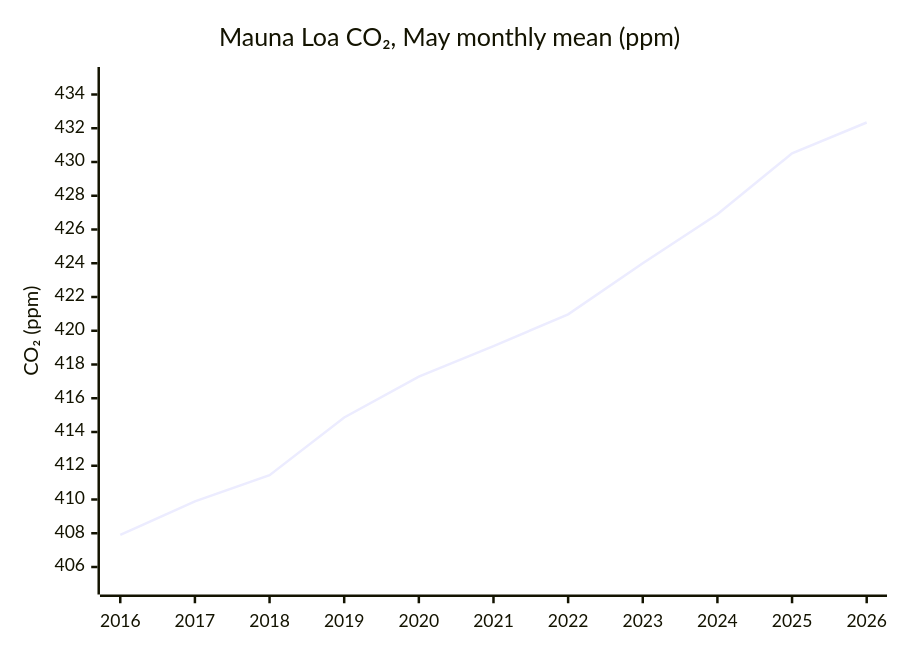
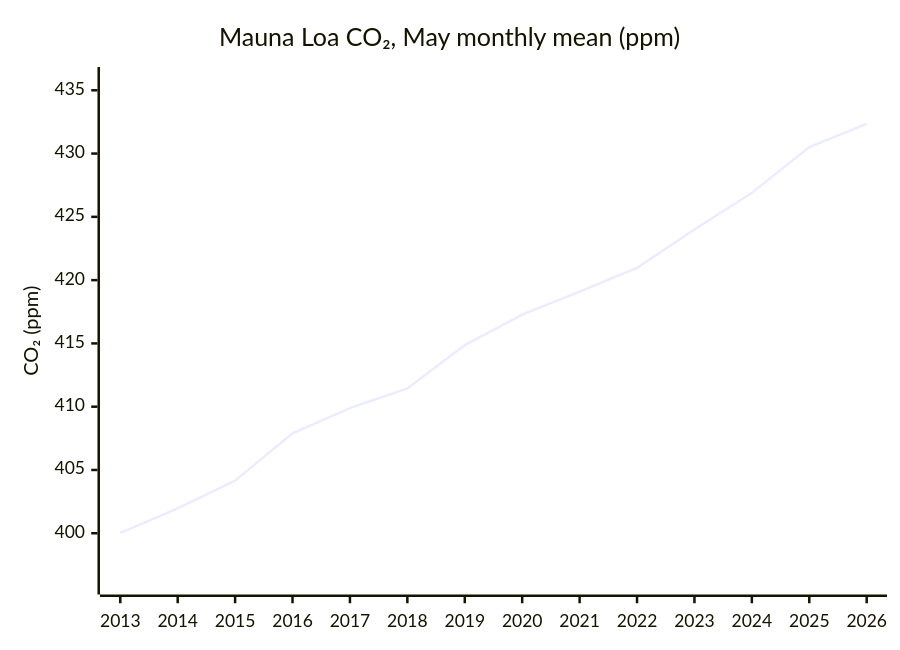
One commit to pasky/grand-endeavors changed the first of 2 diagrams in pilot-26H1/climate.md. Above: the diagram before and after it, drawn with Mermaid. The commit also changed other lines of this file, not shown here.

Commit message:
pilot-26H1 climate: bulletin draft

````diff
--- a/pilot-26H1/climate.md
+++ b/pilot-26H1/climate.md
@@ -43,8 +62,8 @@
 ```mermaid
 xychart-beta
-    %% kpi: climate co2-mlo-monthly --match '*-05' --label year
+    %% kpi: climate co2-mlo-monthly --match '*-05' --since 2013 --label year
     title "Mauna Loa CO₂, May monthly mean (ppm)"
-    x-axis [2016, 2017, 2018, 2019, 2020, 2021, 2022, 2023, 2024, 2025, 2026]
-    y-axis "CO₂ (ppm)" 405 --> 435
-    line [407.90, 409.89, 411.44, 414.86, 417.28, 419.09, 420.97, 424.00, 426.90, 430.51, 432.34]
+    x-axis [2013, 2014, 2015, 2016, 2017, 2018, 2019, 2020, 2021, 2022, 2023, 2024, 2025, 2026]
+    y-axis "CO₂ (ppm)" 396 --> 436
+    line [400.02, 401.96, 404.15, 407.90, 409.89, 411.44, 414.86, 417.28, 419.09, 420.97, 424.00, 426.90, 430.51, 432.34]
 ```
````
